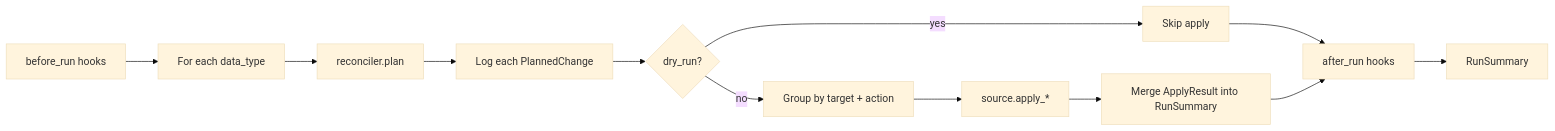
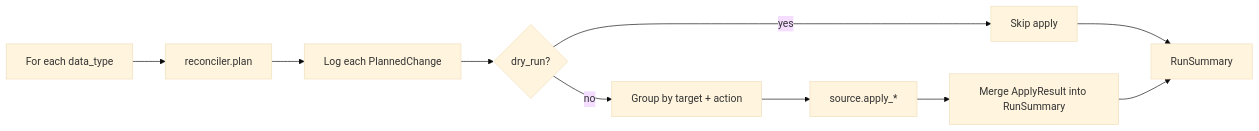
The fourth of 11 diagrams in docs/sync-flows.md (CampAsAChamp/plextraktbox), drawn with Mermaid (base theme) before and after one commit. The commit also changed 7 other files, not shown here.

````diff
--- a/docs/sync-flows.md
+++ b/docs/sync-flows.md
@@ -100,14 +100,12 @@
 ```mermaid
 flowchart LR
-  A[before_run hooks] --> B[For each data_type]
-  B --> C[reconciler.plan]
-  C --> D[Log each PlannedChange]
-  D --> E{dry_run?}
-  E -->|yes| F[Skip apply]
-  E -->|no| G[Group by target + action]
-  G --> H[source.apply_*]
-  H --> I[Merge ApplyResult into RunSummary]
-  F --> J[after_run hooks]
-  I --> J
-  J --> K[RunSummary]
+  A[For each data_type] --> B[reconciler.plan]
+  B --> C[Log each PlannedChange]
+  C --> D{dry_run?}
+  D -->|yes| E[Skip apply]
+  D -->|no| F[Group by target + action]
+  F --> G[source.apply_*]
+  G --> H[Merge ApplyResult into RunSummary]
+  E --> I[RunSummary]
+  H --> I
 ```
````
